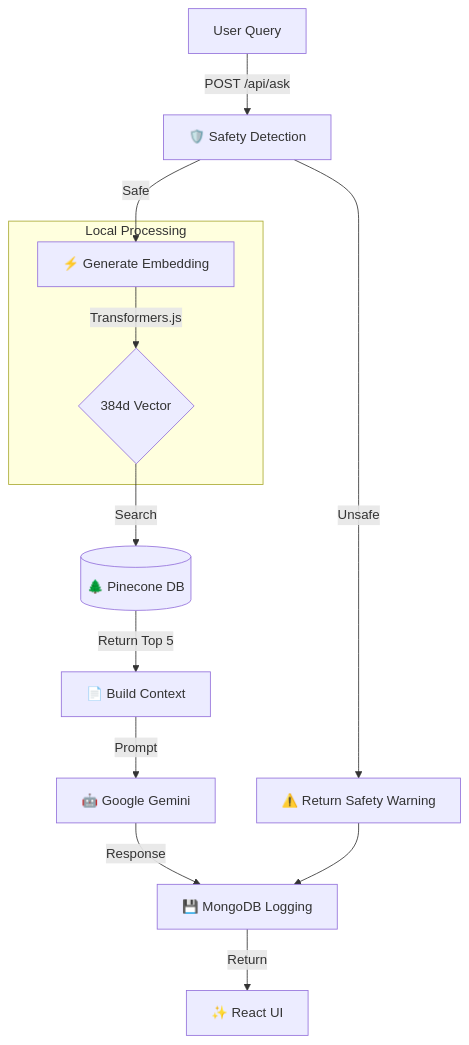
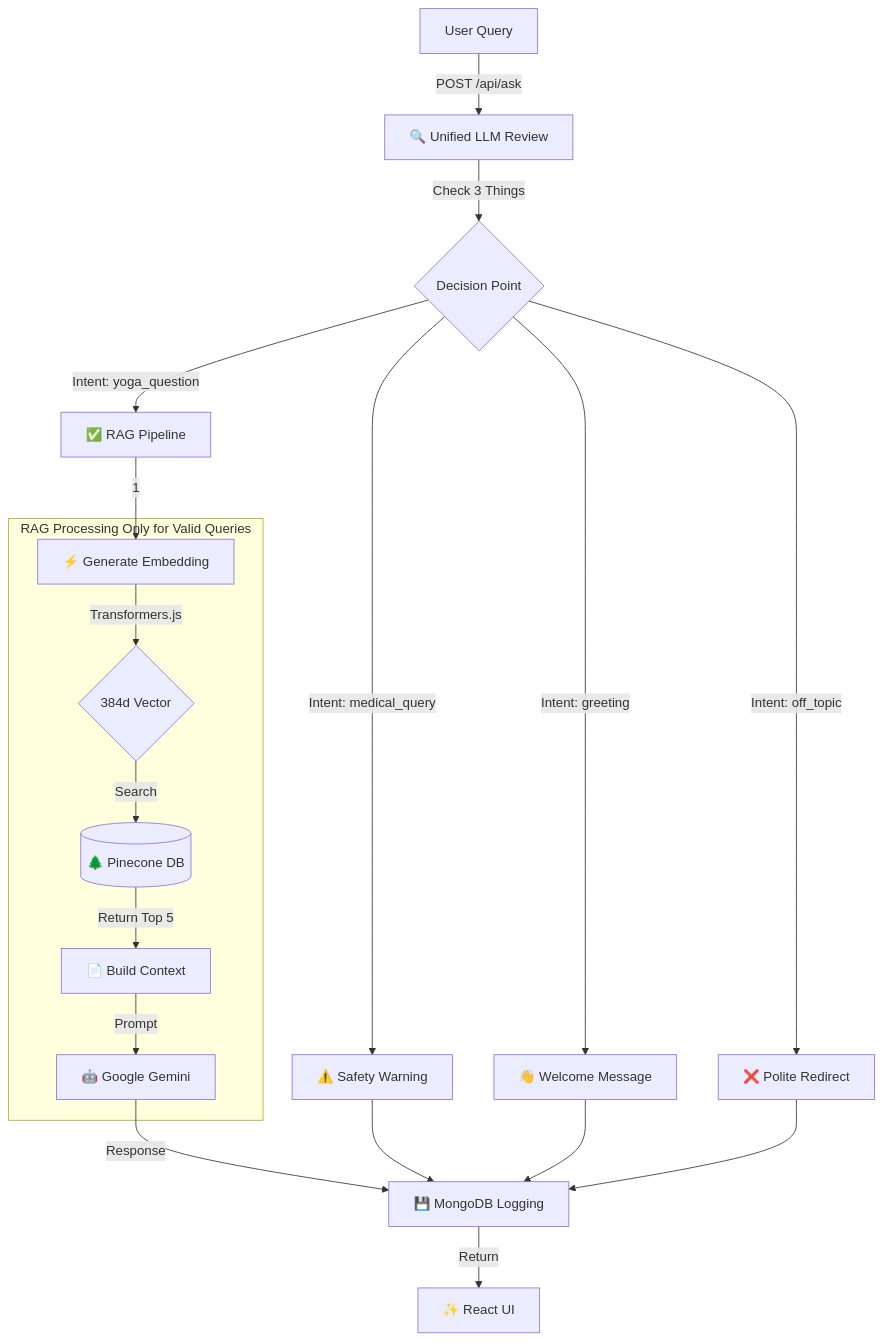
One commit to IronwallxR5/Yoga changed the diagram in README.md. Above: the diagram before and after it, drawn with Mermaid. The commit also changed other lines of this file and 11 other files, not shown here.

Commit message:
improved the architecture

````diff
--- a/README.md
+++ b/README.md
@@ -102,19 +115,27 @@
 ```mermaid
 graph TD
-    User[User Query] -->|POST /api/ask| Safety[🛡️ Safety Detection]
-    Safety -->|Unsafe| Warning[⚠️ Return Safety Warning]
-    Safety -->|Safe| Embed[⚡ Generate Embedding]
+    User[User Query] -->|POST /api/ask| Review[🔍 Unified LLM Review]
     
-    subgraph "Local Processing"
+    Review -->|Check 3 Things| Decision{Decision Point}
+    
+    Decision -->|Intent: greeting| Greeting[👋 Welcome Message]
+    Decision -->|Intent: off_topic| Redirect[❌ Polite Redirect]
+    Decision -->|Intent: medical_query| Warning[⚠️ Safety Warning]
+    Decision -->|Intent: yoga_question| Pipeline[✅ RAG Pipeline]
+    
+    Pipeline -->|1| Embed[⚡ Generate Embedding]
+    
+    subgraph "RAG Processing Only for Valid Queries"
     Embed -->|Transformers.js| Vector{384d Vector}
+    Vector -->|Search| Pinecone[(🌲 Pinecone DB)]
+    Pinecone -->|Return Top 5| Context[📄 Build Context]
+    Context -->|Prompt| LLM[🤖 Google Gemini]
     end
     
-    Vector -->|Search| Pinecone[(🌲 Pinecone DB)]
-    Pinecone -->|Return Top 5| Context[📄 Build Context]
-    
-    Context -->|Prompt| LLM[🤖 Google Gemini]
     LLM -->|Response| Log[💾 MongoDB Logging]
     Warning --> Log
+    Greeting --> Log
+    Redirect --> Log
     
     Log -->|Return| UI[✨ React UI]
 ```
````
